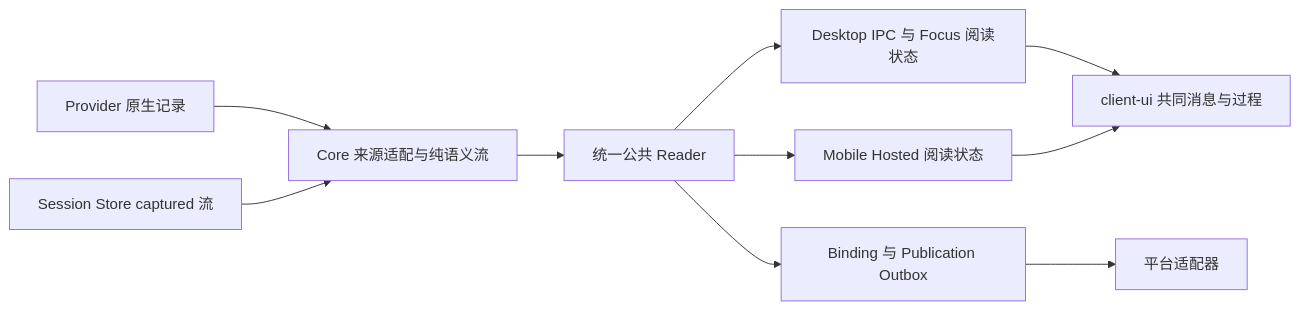
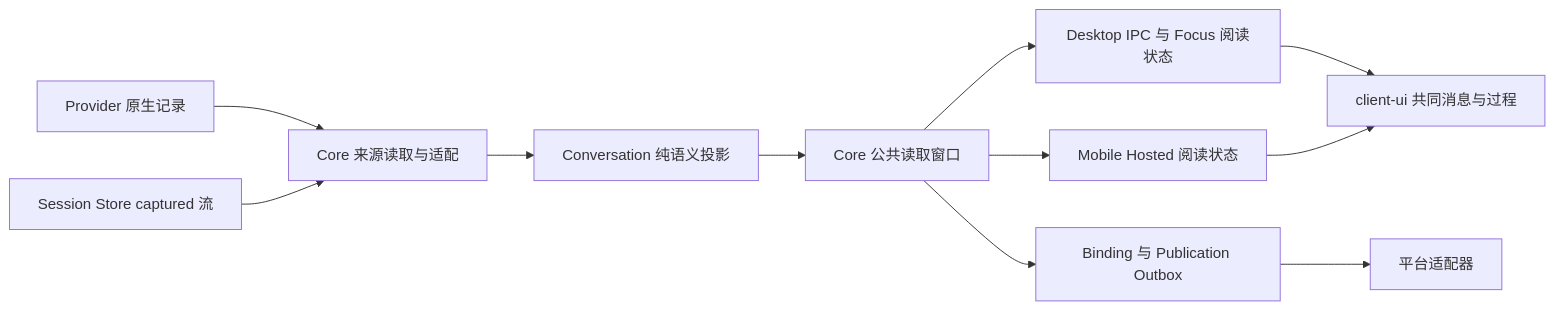
The diagram in docs/architecture/conversation.md (bagakit/agentmux), drawn with Mermaid before and after one commit. The commit also changed other lines of this file and 3 other files, not shown here.

````diff
--- a/docs/architecture/conversation.md
+++ b/docs/architecture/conversation.md
@@ -165,12 +165,13 @@
 ```mermaid
 flowchart LR
-  Provider[Provider 原生记录] --> Core[Core 来源适配与纯语义流]
+  Provider[Provider 原生记录] --> Core[Core 来源读取与适配]
   Captured[Session Store captured 流] --> Core
-  Core --> Public[统一公共 Reader]
+  Core --> Semantics[Conversation 纯语义投影]
+  Semantics --> Public[Core 公共读取窗口]
   Public --> Window[Desktop IPC 与 Focus 阅读状态]
   Public --> Mobile[Mobile Hosted 阅读状态]
   Window --> Shared[client-ui 共同消息与过程]
   Mobile --> Shared
   Public --> Publication[Binding 与 Publication Outbox]
   Publication --> Adapter[平台适配器]
 ```
````
